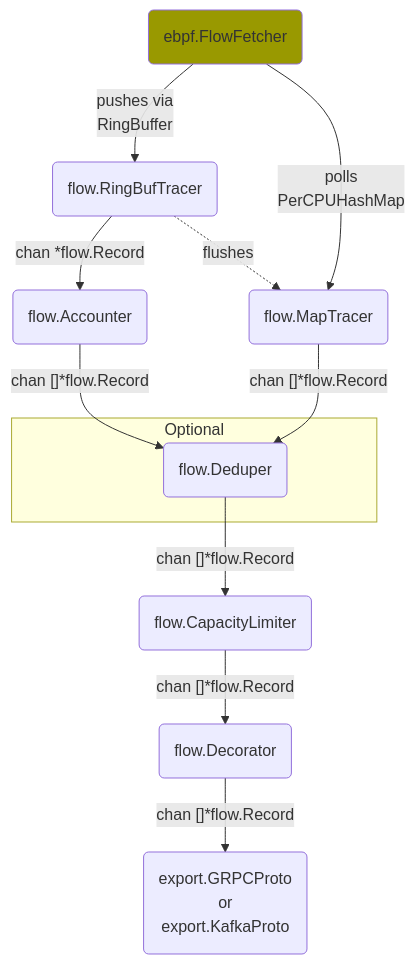
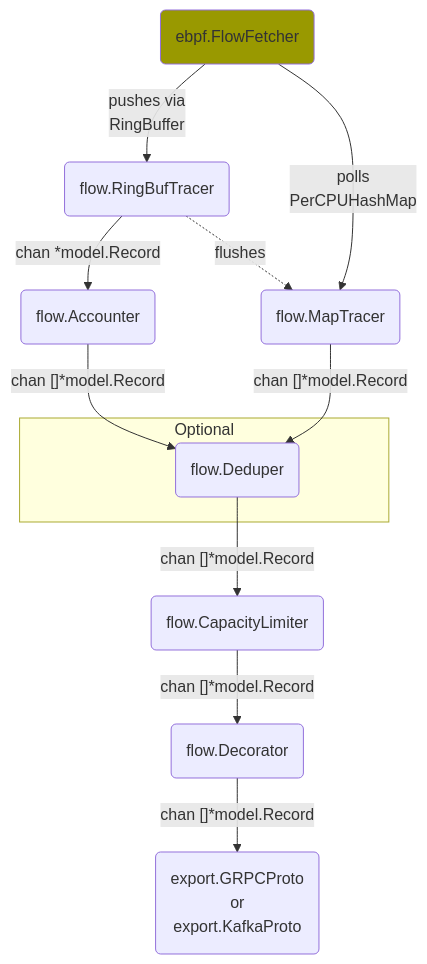
One commit to netobserv/netobserv-ebpf-agent changed the diagram in docs/architecture.md. Above: the diagram before and after it, drawn with Mermaid. The commit also changed 255 other files, not shown here.

````diff
--- a/docs/architecture.md
+++ b/docs/architecture.md
@@ -9,21 +9,21 @@
 ```mermaid
 flowchart TD
     E(ebpf.FlowFetcher) --> |"pushes via<br/>RingBuffer"| RB(flow.RingBufTracer)
     style E fill:#990
 
     E --> |"polls<br/>PerCPUHashMap"| M(flow.MapTracer)
-    RB --> |chan *flow.Record| ACC(flow.Accounter)
+    RB --> |chan *model.Record| ACC(flow.Accounter)
     RB -.-> |flushes| M
-    ACC --> |"chan []*flow.Record"| DD(flow.Deduper)
-    M --> |"chan []*flow.Record"| DD
+    ACC --> |"chan []*model.Record"| DD(flow.Deduper)
+    M --> |"chan []*model.Record"| DD
 
     subgraph Optional
         DD
     end
 
-    DD --> |"chan []*flow.Record"| CL(flow.CapacityLimiter)
+    DD --> |"chan []*model.Record"| CL(flow.CapacityLimiter)
 
-    CL --> |"chan []*flow.Record"| DC(flow.Decorator)
+    CL --> |"chan []*model.Record"| DC(flow.Decorator)
     
-    DC --> |"chan []*flow.Record"| EX("export.GRPCProto<br/>or<br/>export.KafkaProto")
+    DC --> |"chan []*model.Record"| EX("export.GRPCProto<br/>or<br/>export.KafkaProto")
 ```
````
